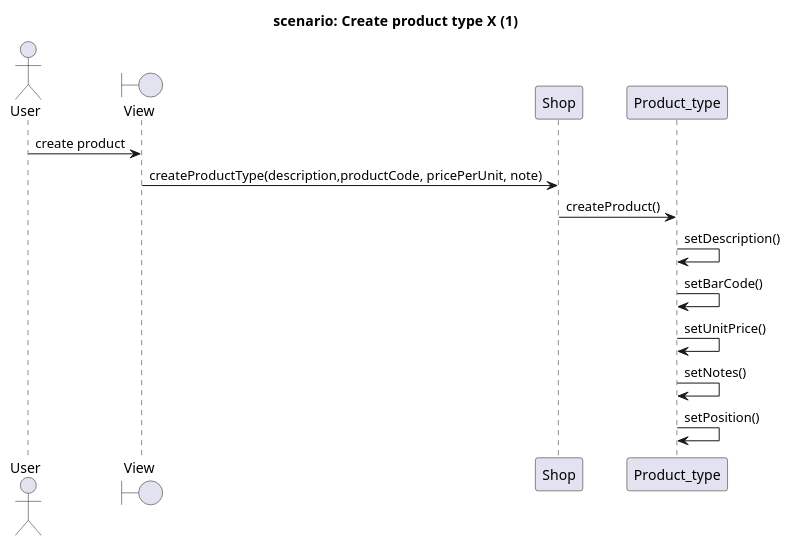
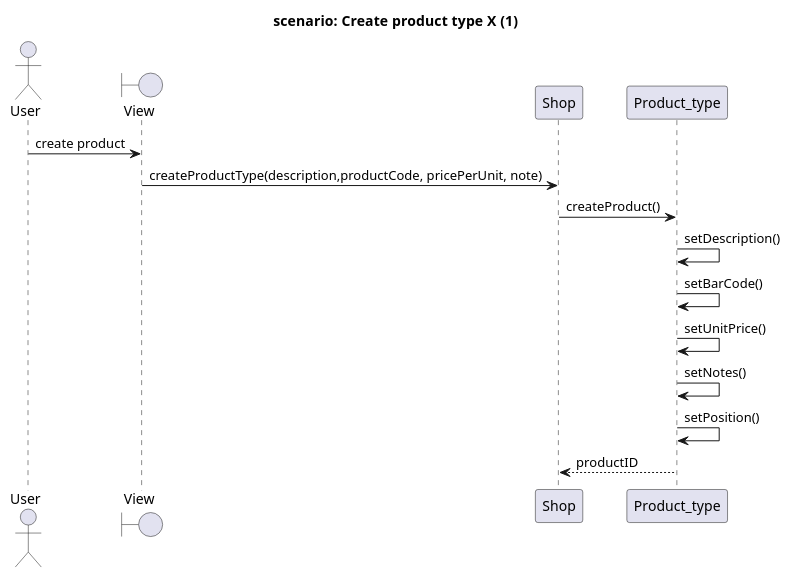
One commit to zitabou/EZShop changed the third of 5 diagrams in Deliverables/DesignDocument.md. Above: the diagram before and after it, drawn with PlantUML. The commit also changed other lines of this file, not shown here.

Commit message:
add sequence diagrams

````diff
--- a/Deliverables/DesignDocument.md
+++ b/Deliverables/DesignDocument.md
@@ -292,18 +291,18 @@
 ```plantuml
 
 title
 scenario: Create product type X  (1)
 end title
 
 actor User
 Boundary View
 User -> View: create product
 View->Shop: createProductType(description,productCode, pricePerUnit, note)
 Shop -> Product_type: createProduct()
 Product_type -> Product_type: setDescription()
 Product_type -> Product_type: setBarCode()
 Product_type -> Product_type: setUnitPrice()
 Product_type -> Product_type: setNotes()
 Product_type -> Product_type: setPosition()
-
+Product_type --> Shop: productID
 ```
````
